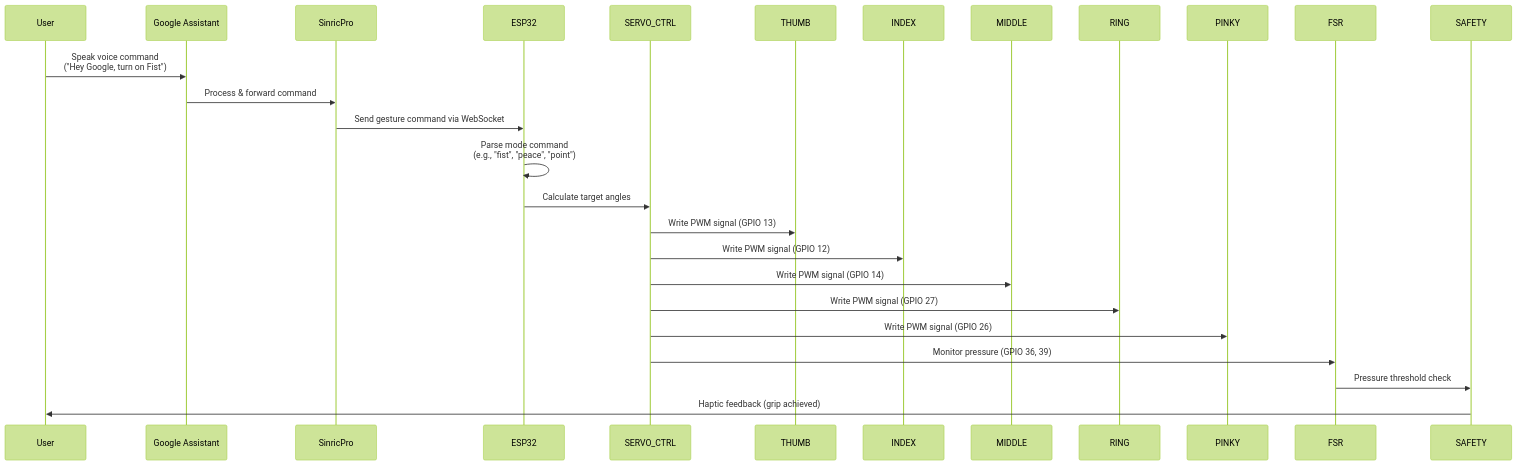
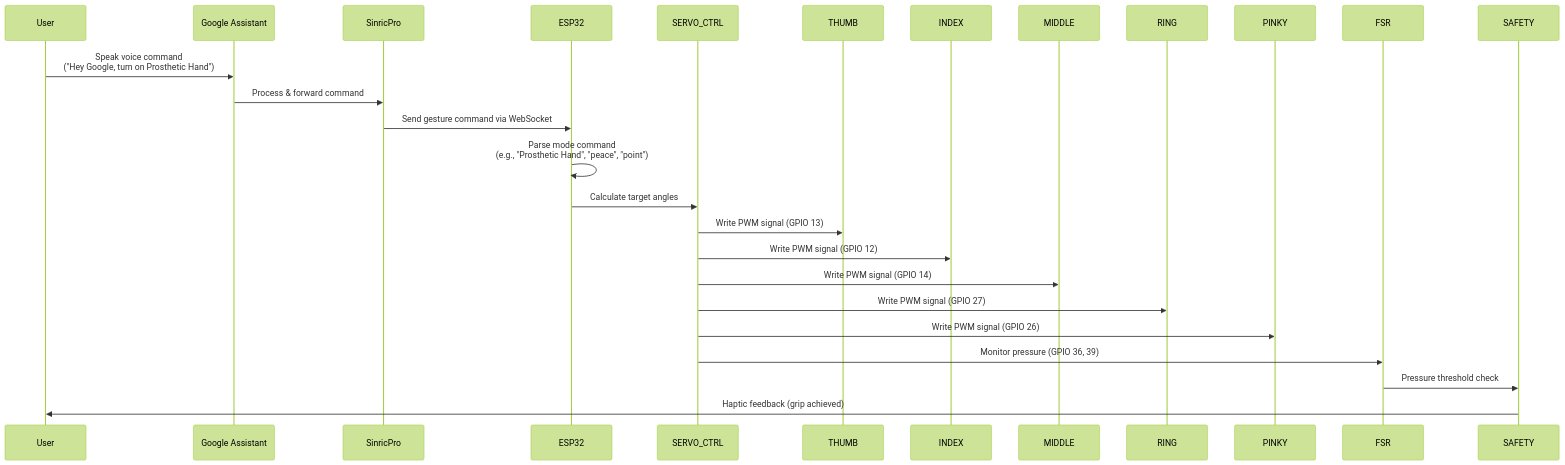
One commit to harshitt13/Krtrimahastah changed the third of 4 diagrams in README.md. Above: the diagram before and after it, drawn with Mermaid (forest theme). The commit also changed other lines of this file, not shown here.

Commit message:
refine README for clarity and accuracy; update cost estimates and voice command examples

````diff
--- a/README.md
+++ b/README.md
@@ -228,16 +224,16 @@
 ```mermaid
 sequenceDiagram
-    User->>Google Assistant: Speak voice command<br/>("Hey Google, turn on Fist")
+    User->>Google Assistant: Speak voice command<br/>("Hey Google, turn on Prosthetic Hand")
     Google Assistant->>SinricPro: Process & forward command
     SinricPro->>ESP32: Send gesture command via WebSocket
-    ESP32->>ESP32: Parse mode command<br/>(e.g., "fist", "peace", "point")
+    ESP32->>ESP32: Parse mode command<br/>(e.g., "Prosthetic Hand", "peace", "point")
     ESP32->>SERVO_CTRL: Calculate target angles
     SERVO_CTRL->>THUMB: Write PWM signal (GPIO 13)
     SERVO_CTRL->>INDEX: Write PWM signal (GPIO 12)
     SERVO_CTRL->>MIDDLE: Write PWM signal (GPIO 14)
     SERVO_CTRL->>RING: Write PWM signal (GPIO 27)
     SERVO_CTRL->>PINKY: Write PWM signal (GPIO 26)
     SERVO_CTRL->>FSR: Monitor pressure (GPIO 36, 39)
     FSR->>SAFETY: Pressure threshold check
     SAFETY->>User: Haptic feedback (grip achieved)
 ```
````
